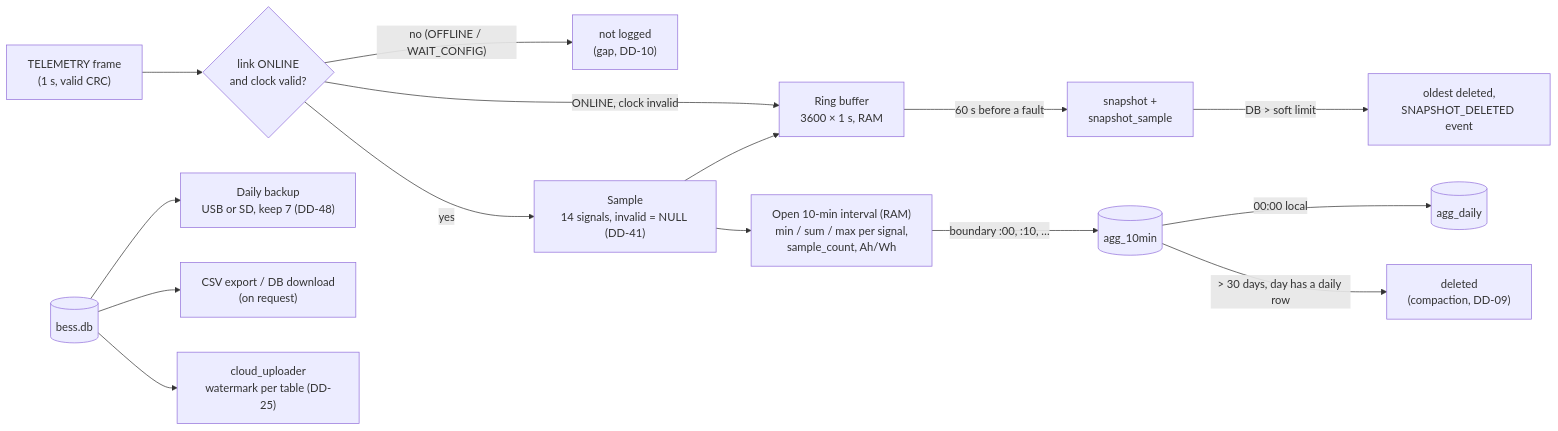
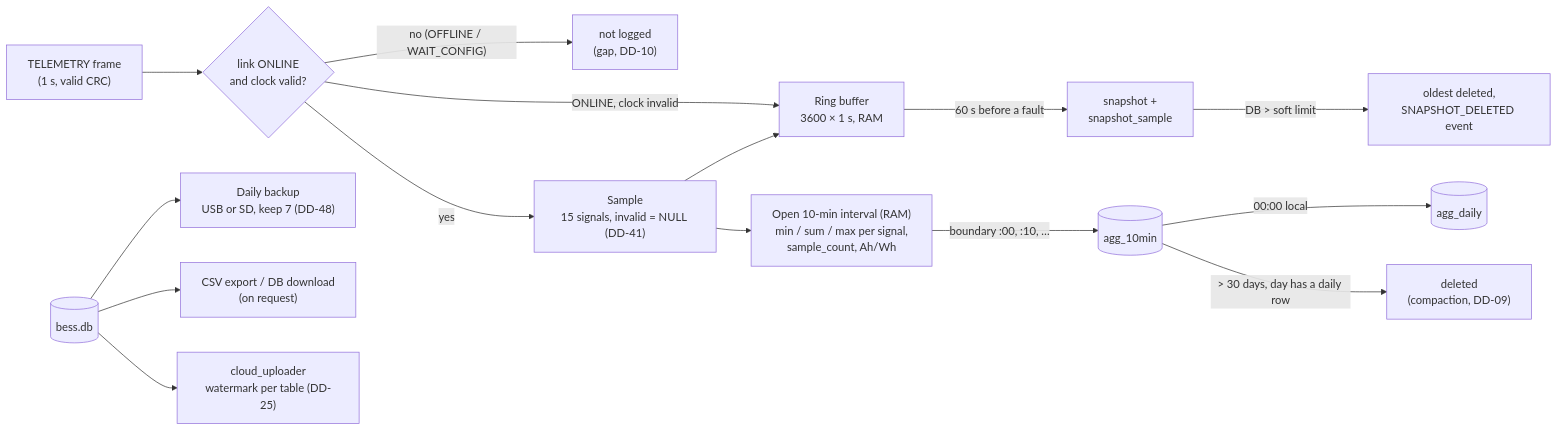
The first of 3 diagrams in docs/design/data-lifecycle.md (jjpreuser/Operation-Dont-blow-please), drawn with Mermaid before and after one commit. The commit also changed other lines of this file and 9 other files, not shown here.

````diff
--- a/docs/design/data-lifecycle.md
+++ b/docs/design/data-lifecycle.md
@@ -18,17 +18,17 @@
 ```mermaid
 flowchart LR
     F["TELEMETRY frame\n(1 s, valid CRC)"] --> G{"link ONLINE\nand clock valid?"}
     G -- "ONLINE, clock invalid" --> R
     G -- "no (OFFLINE / WAIT_CONFIG)" --> X["not logged\n(gap, DD-10)"]
-    G -- "yes" --> S["Sample\n14 signals, invalid = NULL (DD-41)"]
+    G -- "yes" --> S["Sample\n15 signals, invalid = NULL (DD-41)"]
     S --> R["Ring buffer\n3600 × 1 s, RAM"]
     S --> A["Open 10-min interval (RAM)\nmin / sum / max per signal,\nsample_count, Ah/Wh"]
     R -- "60 s before a fault" --> SN["snapshot +\nsnapshot_sample"]
     A -- "boundary :00, :10, …" --> T10[("agg_10min")]
     T10 -- "00:00 local" --> TD[("agg_daily")]
     T10 -- "> 30 days, day has a daily row" --> DEL["deleted\n(compaction, DD-09)"]
     SN -- "DB > soft limit" --> DEL2["oldest deleted,\nSNAPSHOT_DELETED event"]
     DB[("bess.db")] --> BK["Daily backup\nUSB or SD, keep 7 (DD-48)"]
     DB --> CSV["CSV export / DB download\n(on request)"]
     DB --> UP["cloud_uploader\nwatermark per table (DD-25)"]
 ```
````
